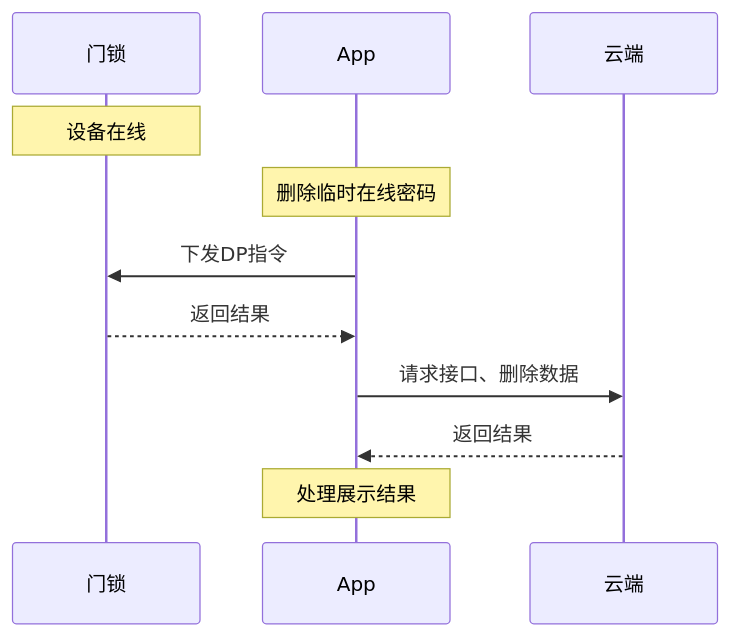
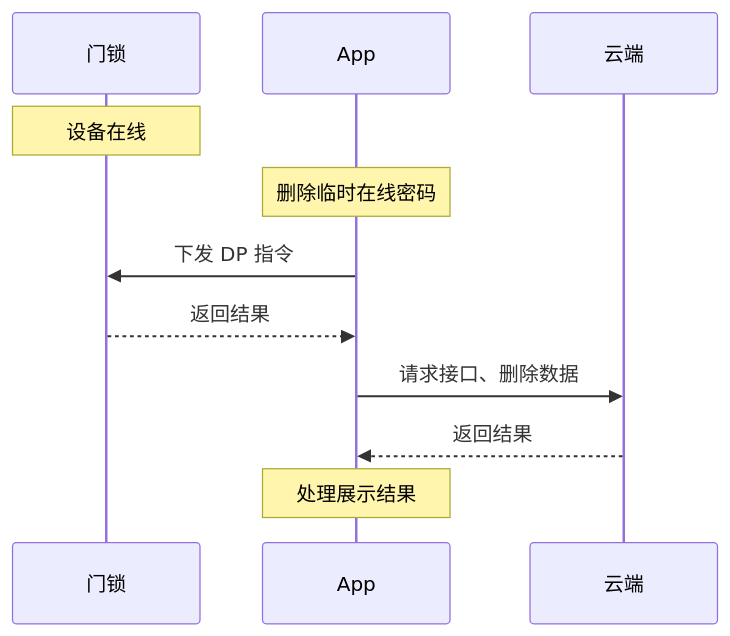
Before and after one commit to tuya/tuya-lock-android-demo: diagram 11 of 11 in lock/README_zh.md, drawn with Mermaid. The commit also changed other lines of this file and 1 other file, not shown here.

````diff
--- a/lock/README_zh.md
+++ b/lock/README_zh.md
@@ -1660,13 +1658,13 @@
 ```mermaid
 sequenceDiagram
 participant D as 门锁
 participant A as App
 participant C as 云端
 Note over D: 设备在线
 Note over A: 删除临时在线密码
-A->>D: 下发DP指令
+A->>D: 下发 DP 指令
 D-->>A:返回结果
 A->>C: 请求接口、删除数据
 C-->>A: 返回结果
 Note over A: 处理展示结果
 ```
````
